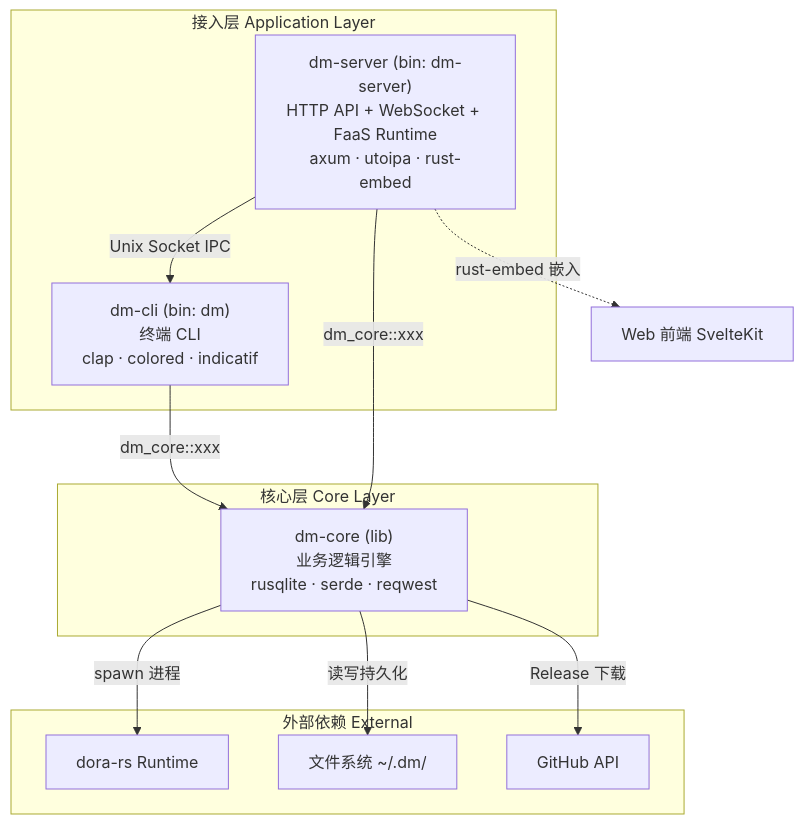
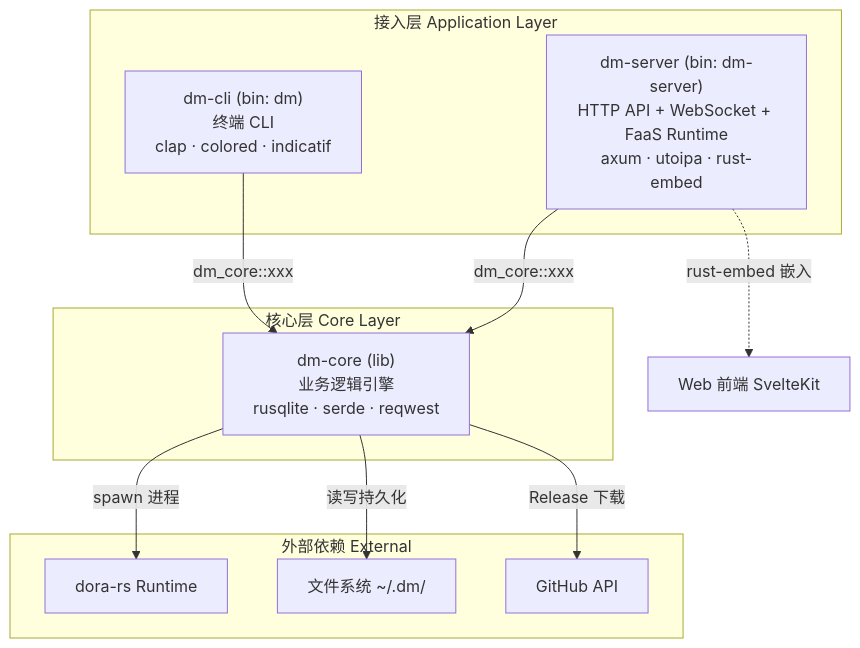
One commit to l1veIn/dora-manager changed the first of 2 diagrams in wiki/zh/10-architecture-overview.md. Above: the diagram before and after it, drawn with Mermaid. The commit also changed other lines of this file and 29 other files, not shown here.

First line of the commit message:
docs: remove bridge references from wiki, update for SDK architecture

````diff
--- a/wiki/zh/10-architecture-overview.md
+++ b/wiki/zh/10-architecture-overview.md
@@ -9,25 +9,24 @@
 ```mermaid
 graph TD
     subgraph "接入层 Application Layer"
         CLI["dm-cli (bin: dm)<br/>终端 CLI<br/>clap · colored · indicatif"]
         SRV["dm-server (bin: dm-server)<br/>HTTP API + WebSocket + FaaS Runtime<br/>axum · utoipa · rust-embed"]
     end
 
     subgraph "核心层 Core Layer"
         CORE["dm-core (lib)<br/>业务逻辑引擎<br/>rusqlite · serde · reqwest"]
     end
 
     subgraph "外部依赖 External"
         DORA["dora-rs Runtime"]
         FS["文件系统 ~/.dm/"]
         GH["GitHub API"]
     end
 
     CLI -->|"dm_core::xxx"| CORE
     SRV -->|"dm_core::xxx"| CORE
     CORE -->|"spawn 进程"| DORA
     CORE -->|"读写持久化"| FS
     CORE -->|"Release 下载"| GH
-    SRV -->|"Unix Socket IPC"| CLI
     SRV -.->|"rust-embed 嵌入"| WEB["Web 前端 SvelteKit"]
 ```
````
